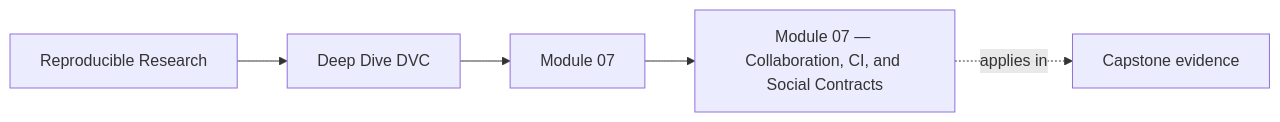
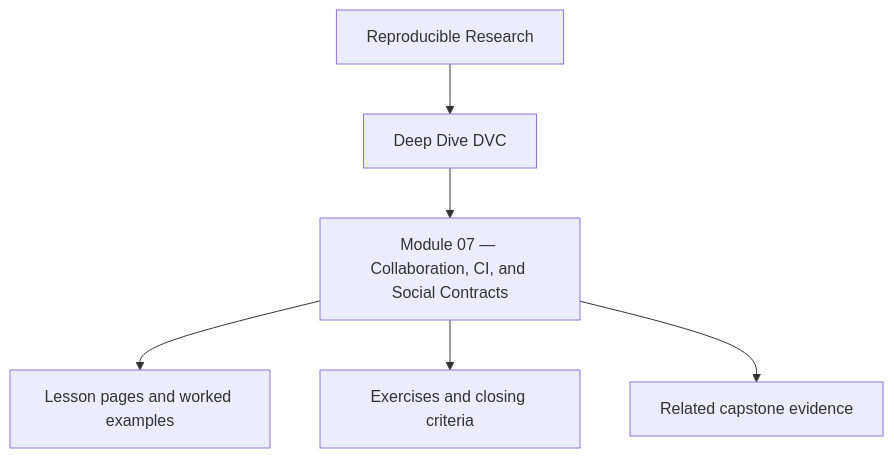
The first of 3 diagrams in programs/reproducible-research/deep-dive-dvc/course-book/module-07-collaboration-ci-and-social-contracts/index.md (bijux/bijux-masterclass), drawn with Mermaid before and after one commit. The commit also changed other lines of this file and 10 other files, not shown here.

Commit message:
docs(deep-dive-dvc): reposition module overview diagrams

````diff
--- a/programs/reproducible-research/deep-dive-dvc/course-book/module-07-collaboration-ci-and-social-contracts/index.md
+++ b/programs/reproducible-research/deep-dive-dvc/course-book/module-07-collaboration-ci-and-social-contracts/index.md
@@ -7,11 +7,8 @@
 ```mermaid
-graph LR
-  family["Reproducible Research"]
-  program["Deep Dive DVC"]
-  section["Module 07"]
-  page["Module 07 — Collaboration, CI, and Social Contracts"]
-  capstone["Capstone evidence"]
-
-  family --> program --> section --> page
-  page -.applies in.-> capstone
+flowchart TD
+  family["Reproducible Research"] --> program["Deep Dive DVC"]
+  program --> module["Module 07 — Collaboration, CI, and Social Contracts"]
+  module --> lessons["Lesson pages and worked examples"]
+  module --> checkpoints["Exercises and closing criteria"]
+  module --> capstone["Related capstone evidence"]
 ```
````
